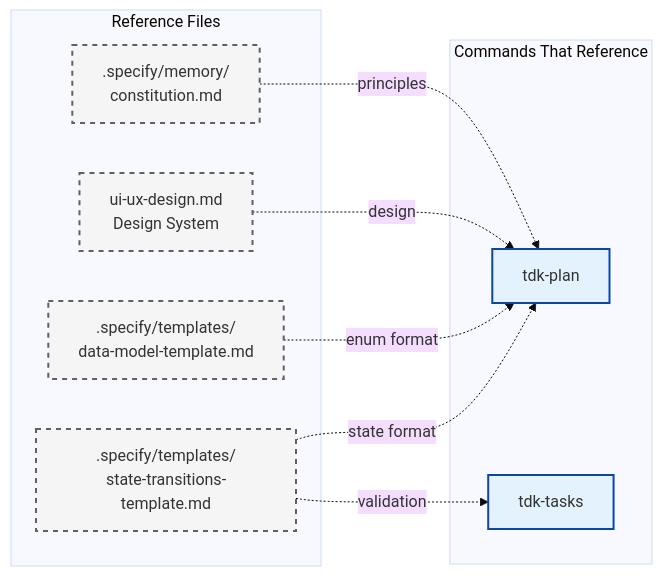
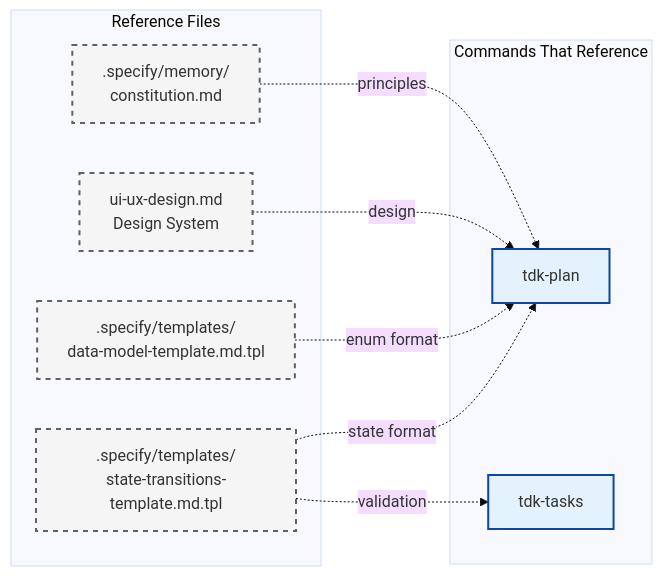
Before and after one commit to vinhltt/tdk: the eighth of 9 diagrams in .specify/docs/guides/document-flow.md, drawn with Mermaid (base theme). The commit also changed other lines of this file and 56 other files, not shown here.

````diff
--- a/.specify/docs/guides/document-flow.md
+++ b/.specify/docs/guides/document-flow.md
@@ -338,26 +338,26 @@
 ```mermaid
 flowchart LR
     subgraph TEMPLATES[Reference Files]
         CONST[.specify/memory/<br/>constitution.md]
         UIUX[ui-ux-design.md<br/>Design System]
-        REF_DM[.specify/templates/<br/>data-model-template.md]
-        REF_ST[.specify/templates/<br/>state-transitions-template.md]
+        REF_DM[.specify/templates/<br/>data-model-template.md.tpl]
+        REF_ST[.specify/templates/<br/>state-transitions-template.md.tpl]
     end
 
     subgraph COMMANDS[Commands That Reference]
         PLAN[tdk-plan]
         TASKS[tdk-tasks]
     end
 
     CONST -.->|principles| PLAN
     UIUX -.->|design| PLAN
     REF_DM -.->|enum format| PLAN
     REF_ST -.->|state format| PLAN
     REF_ST -.->|validation| TASKS
 
     classDef reference fill:#f5f5f5,stroke:#616161,stroke-width:2px,stroke-dasharray: 5 5
     classDef command fill:#e3f2fd,stroke:#0d47a1,stroke-width:2px
 
     class CONST,UIUX,REF_DM,REF_ST reference
     class PLAN,TASKS command
 ```
````
